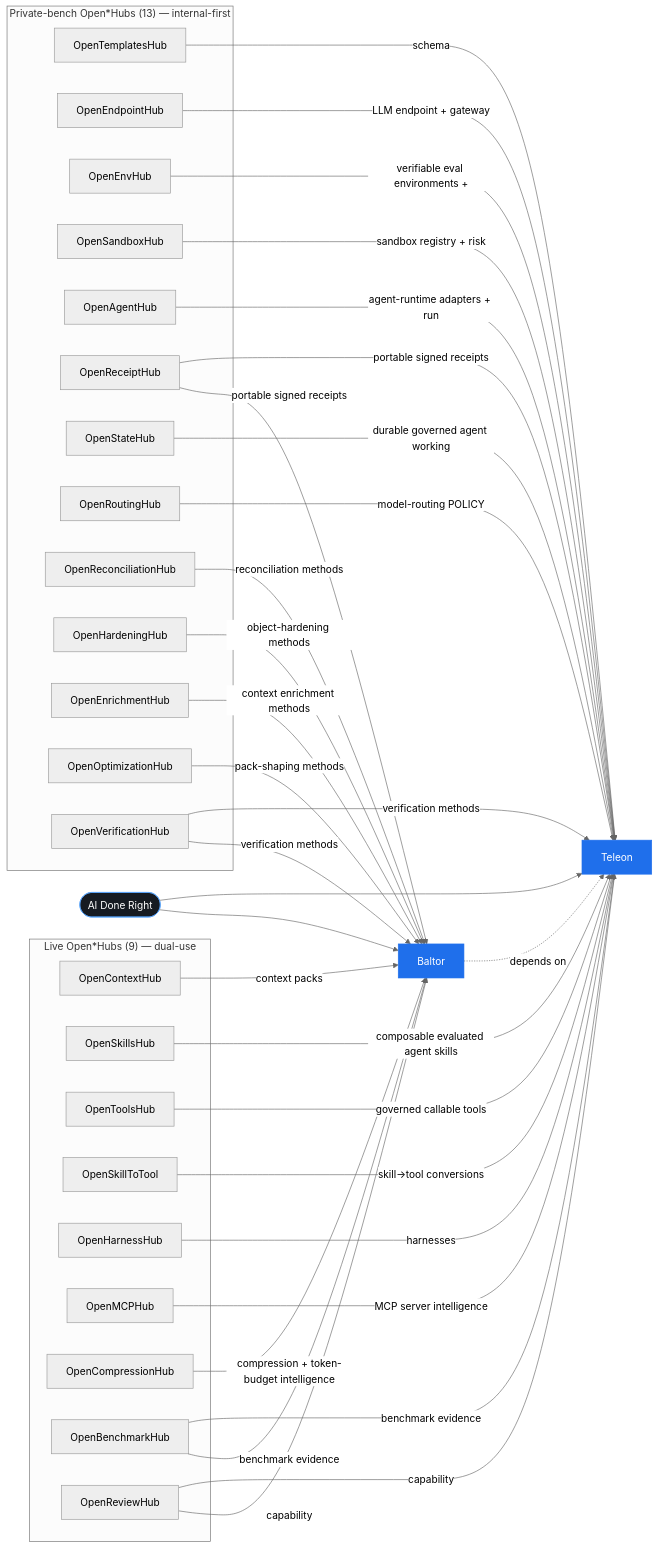
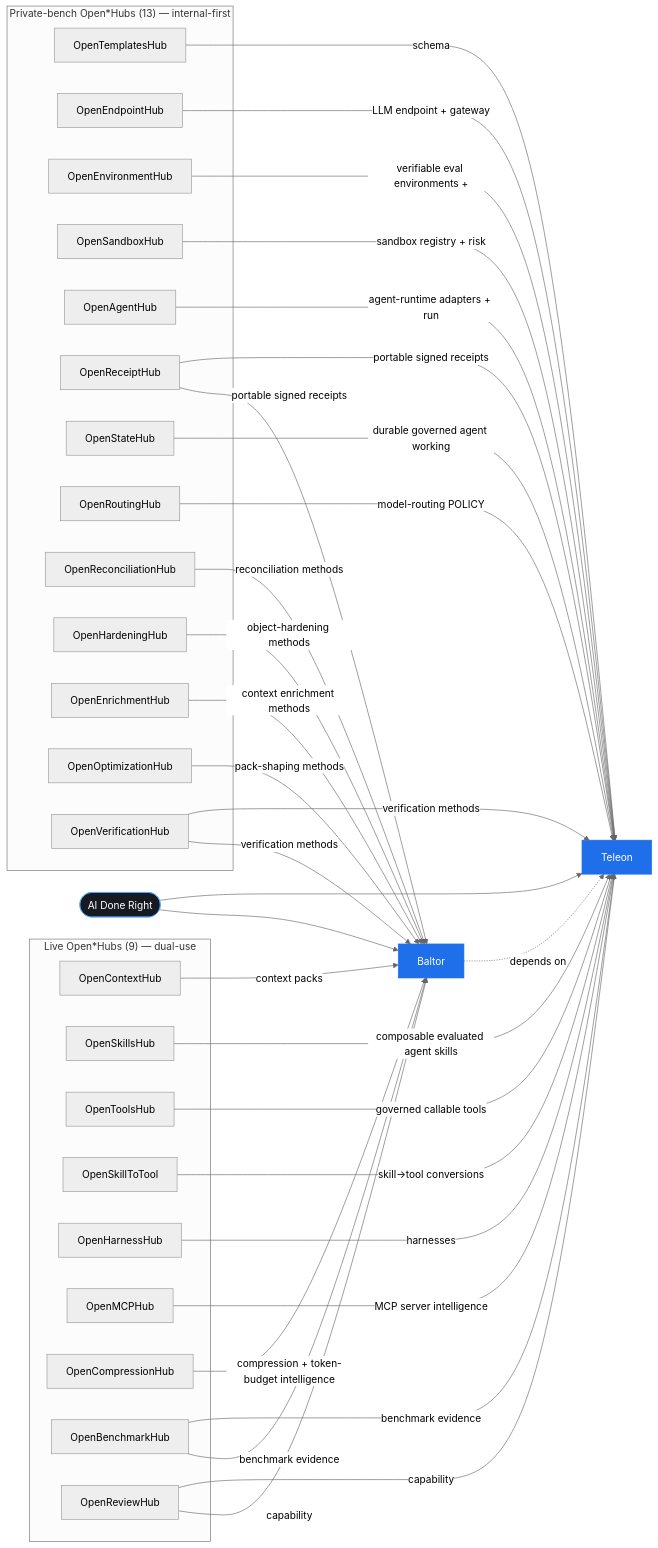
One commit to Amarel-Taylor-Scott/open-harness-hub changed the diagram in docs/architecture/portfolio-connection-map.md. Above: the diagram before and after it, drawn with Mermaid (neutral theme). The commit also changed other lines of this file and 6 other files, not shown here.

````diff
--- a/docs/architecture/portfolio-connection-map.md
+++ b/docs/architecture/portfolio-connection-map.md
@@ -13,63 +13,63 @@
 ```mermaid
 flowchart LR
   parent([AI Done Right]):::parent
   baltor[Baltor]:::core
   teleon[Teleon]:::core
   parent --> baltor
   parent --> teleon
   baltor -. depends on .-> teleon
   subgraph live["Live Open*Hubs (9) — dual-use"]
     OpenContextHub
     OpenSkillsHub
     OpenToolsHub
     OpenSkillToTool
     OpenHarnessHub
     OpenMCPHub
     OpenCompressionHub
     OpenBenchmarkHub
     OpenReviewHub
   end
   subgraph private_bench["Private-bench Open*Hubs (13) — internal-first"]
     OpenTemplatesHub
     OpenEndpointHub
-    OpenEnvHub
+    OpenEnvironmentHub
     OpenSandboxHub
     OpenAgentHub
     OpenReceiptHub
     OpenStateHub
     OpenRoutingHub
     OpenReconciliationHub
     OpenHardeningHub
     OpenEnrichmentHub
     OpenOptimizationHub
     OpenVerificationHub
   end
   OpenContextHub -->|context packs| baltor
   OpenSkillsHub -->|composable evaluated agent skills| teleon
   OpenToolsHub -->|governed callable tools| teleon
   OpenSkillToTool -->|skill->tool conversions| teleon
   OpenHarnessHub -->|harnesses| teleon
   OpenMCPHub -->|MCP server intelligence| teleon
   OpenCompressionHub -->|compression + token-budget intelligence| baltor
   OpenBenchmarkHub -->|benchmark evidence| baltor
   OpenBenchmarkHub -->|benchmark evidence| teleon
   OpenReviewHub -->|capability| baltor
   OpenReviewHub -->|capability| teleon
   OpenTemplatesHub -->|schema| teleon
   OpenEndpointHub -->|LLM endpoint + gateway| teleon
-  OpenEnvHub -->|verifiable eval environments +| teleon
+  OpenEnvironmentHub -->|verifiable eval environments +| teleon
   OpenSandboxHub -->|sandbox registry + risk| teleon
   OpenAgentHub -->|agent-runtime adapters + run| teleon
   OpenReceiptHub -->|portable signed receipts| baltor
   OpenReceiptHub -->|portable signed receipts| teleon
   OpenStateHub -->|durable governed agent working| teleon
   OpenRoutingHub -->|model-routing POLICY| teleon
   OpenReconciliationHub -->|reconciliation methods| baltor
   OpenHardeningHub -->|object-hardening methods| baltor
   OpenEnrichmentHub -->|context enrichment methods| baltor
   OpenOptimizationHub -->|pack-shaping methods| baltor
   OpenVerificationHub -->|verification methods| baltor
   OpenVerificationHub -->|verification methods| teleon
   classDef core fill:#1f6feb,color:#fff,stroke:#1f6feb;
   classDef parent fill:#161b22,color:#fff,stroke:#58a6ff;
 ```
````
